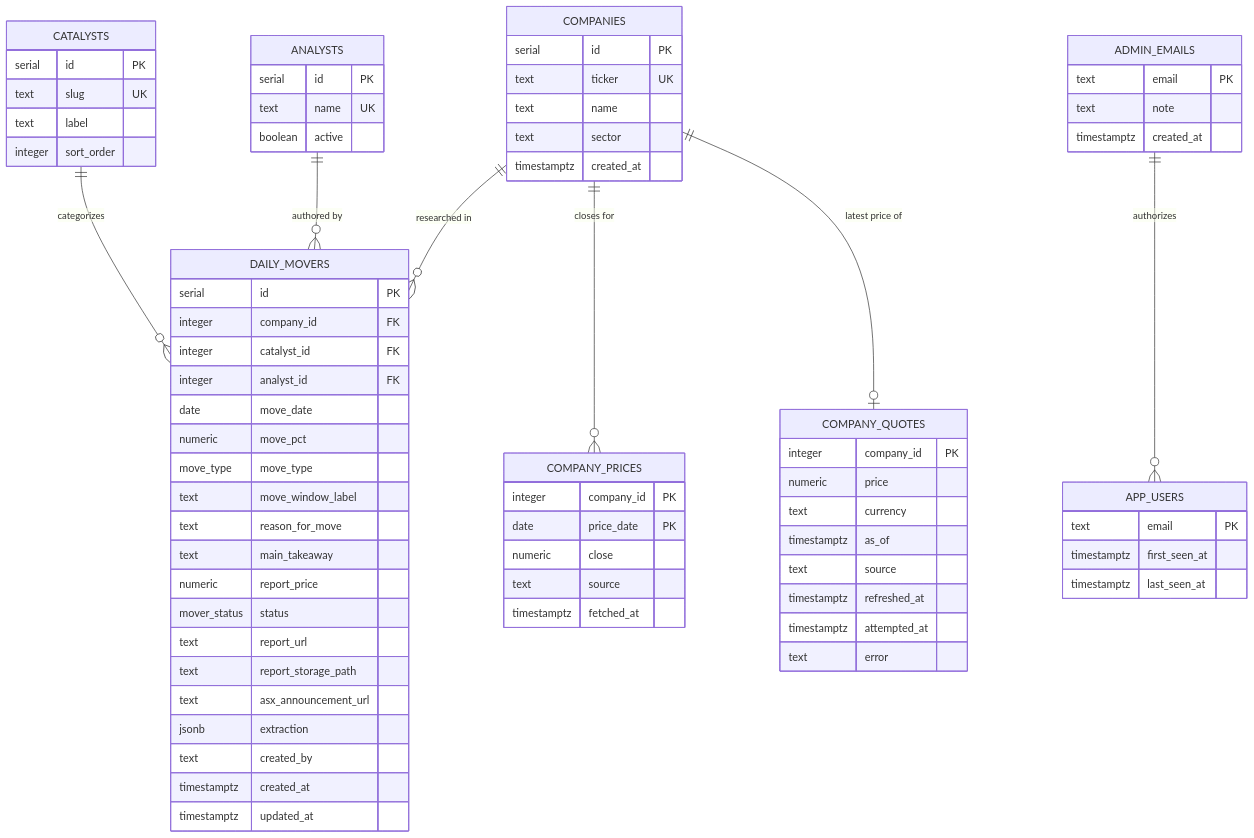
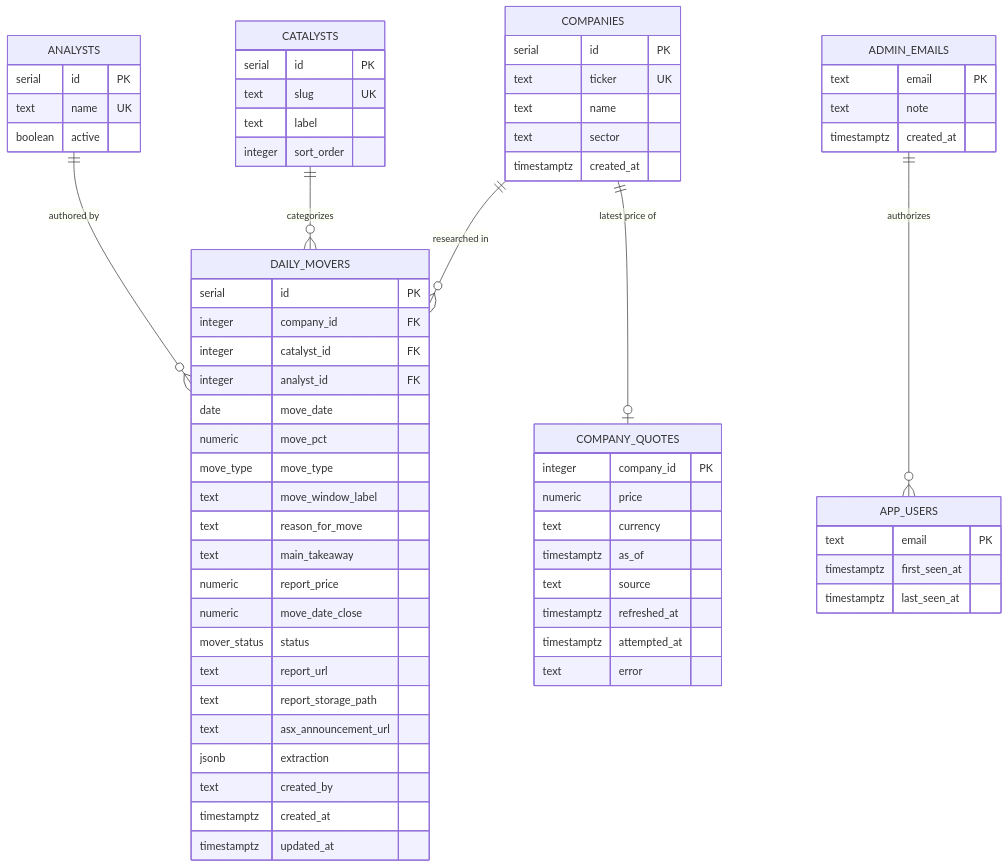
The first of 5 diagrams in docs/LLD.md (Vitti-Capital-Tech/daily-movers-dashboard), drawn with Mermaid before and after one commit. The commit also changed other lines of this file and 7 other files, not shown here.

```diff
--- a/docs/LLD.md
+++ b/docs/LLD.md
@@ -103,7 +105,6 @@
     COMPANIES ||--o{ DAILY_MOVERS : "researched in"
     CATALYSTS ||--o{ DAILY_MOVERS : "categorizes"
     ANALYSTS ||--o{ DAILY_MOVERS : "authored by"
-    COMPANIES ||--o{ COMPANY_PRICES : "closes for"
     COMPANIES ||--o| COMPANY_QUOTES : "latest price of"
     ADMIN_EMAILS ||--o{ APP_USERS : "authorizes"
 
@@ -140,6 +141,7 @@
         text reason_for_move
         text main_takeaway
         numeric report_price
+        numeric move_date_close
         mover_status status
         text report_url
         text report_storage_path
@@ -148,14 +150,6 @@
         text created_by
         timestamptz created_at
         timestamptz updated_at
-    }
-
-    COMPANY_PRICES {
-        integer company_id PK
-        date price_date PK
-        numeric close
-        text source
-        timestamptz fetched_at
     }
 
     COMPANY_QUOTES {
```
